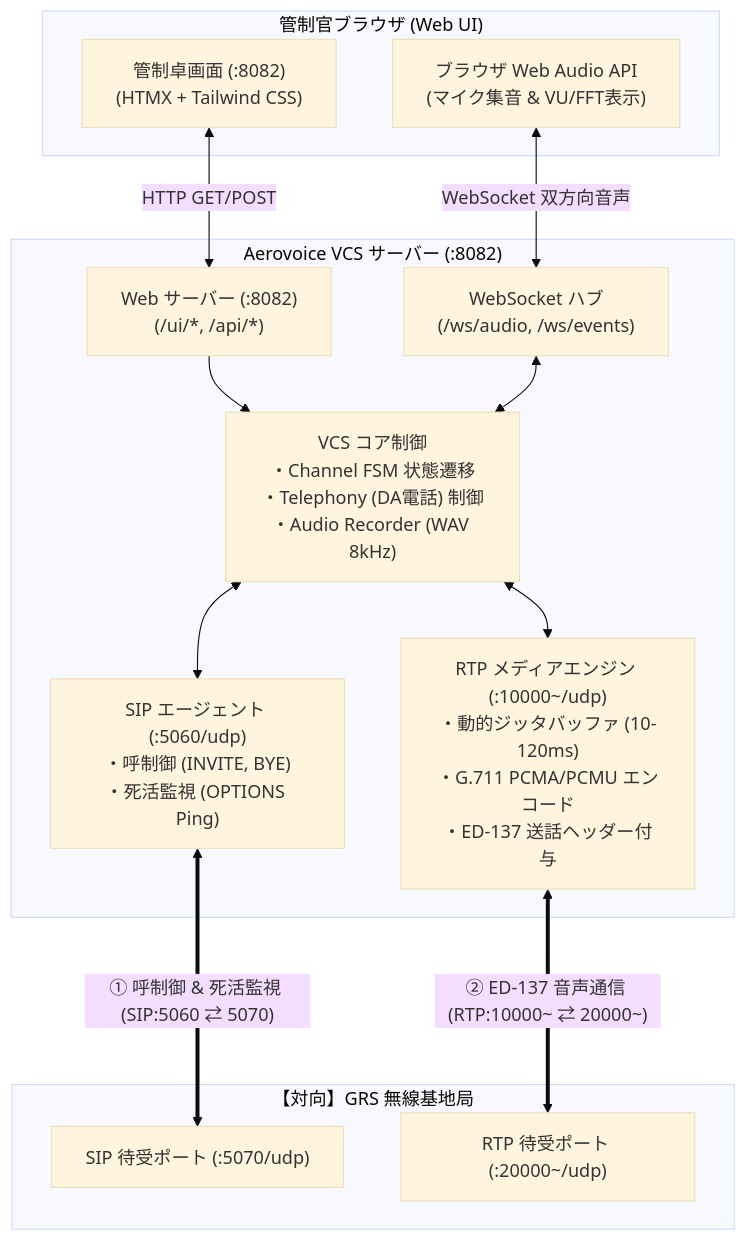
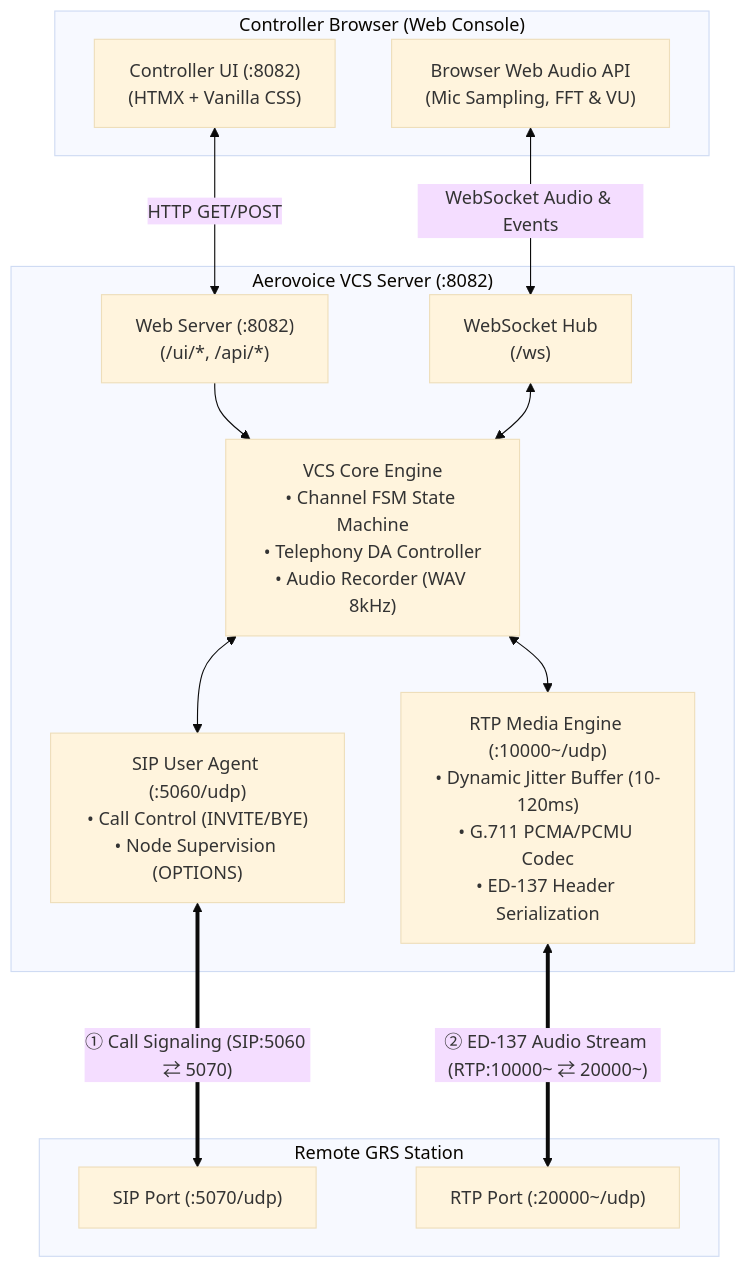
The first of 3 diagrams in docs/manual.md (sh0jitmy/aerovoice), drawn with Mermaid (base theme) before and after one commit. The commit also changed other lines of this file and 33 other files, not shown here.

````diff
--- a/docs/manual.md
+++ b/docs/manual.md
@@ -15,31 +19,31 @@
 ```mermaid
 flowchart TB
-    subgraph Browser_VCS["管制官ブラウザ (Web UI)"]
-        VCS_UI["管制卓画面 (:8082)<br/>(HTMX + Tailwind CSS)"]
-        VCS_Audio["ブラウザ Web Audio API<br/>(マイク集音 & VU/FFT表示)"]
+    subgraph Browser_VCS["Controller Browser (Web Console)"]
+        VCS_UI["Controller UI (:8082)<br/>(HTMX + Vanilla CSS)"]
+        VCS_Audio["Browser Web Audio API<br/>(Mic Sampling, FFT & VU)"]
     end
 
-    subgraph VCS_Host["Aerovoice VCS サーバー (:8082)"]
-        VCS_Web["Web サーバー (:8082)<br/>(/ui/*, /api/*)"]
-        VCS_WS["WebSocket ハブ<br/>(/ws/audio, /ws/events)"]
-        VCS_Core["VCS コア制御<br/>・Channel FSM 状態遷移<br/>・Telephony (DA電話) 制御<br/>・Audio Recorder (WAV 8kHz)"]
-        VCS_SIP["SIP エージェント (:5060/udp)<br/>・呼制御 (INVITE, BYE)<br/>・死活監視 (OPTIONS Ping)"]
-        VCS_RTP["RTP メディアエンジン (:10000~/udp)<br/>・動的ジッタバッファ (10-120ms)<br/>・G.711 PCMA/PCMU エンコード<br/>・ED-137 送話ヘッダー付与"]
+    subgraph VCS_Host["Aerovoice VCS Server (:8082)"]
+        VCS_Web["Web Server (:8082)<br/>(/ui/*, /api/*)"]
+        VCS_WS["WebSocket Hub<br/>(/ws)"]
+        VCS_Core["VCS Core Engine<br/>• Channel FSM State Machine<br/>• Telephony DA Controller<br/>• Audio Recorder (WAV 8kHz)"]
+        VCS_SIP["SIP User Agent (:5060/udp)<br/>• Call Control (INVITE/BYE)<br/>• Node Supervision (OPTIONS)"]
+        VCS_RTP["RTP Media Engine (:10000~/udp)<br/>• Dynamic Jitter Buffer (10-120ms)<br/>• G.711 PCMA/PCMU Codec<br/>• ED-137 Header Serialization"]
     end
 
-    subgraph GRS_Remote["【対向】GRS 無線基地局"]
-        Remote_SIP["SIP 待受ポート (:5070/udp)"]
-        Remote_RTP["RTP 待受ポート (:20000~/udp)"]
+    subgraph GRS_Remote["Remote GRS Station"]
+        Remote_SIP["SIP Port (:5070/udp)"]
+        Remote_RTP["RTP Port (:20000~/udp)"]
     end
 
     VCS_UI <-->|HTTP GET/POST| VCS_Web
-    VCS_Audio <-->|WebSocket 双方向音声| VCS_WS
+    VCS_Audio <-->|WebSocket Audio & Events| VCS_WS
     VCS_Web --> VCS_Core
     VCS_WS <--> VCS_Core
 
     VCS_Core <--> VCS_SIP
     VCS_Core <--> VCS_RTP
 
-    VCS_SIP <===>|"① 呼制御 & 死活監視 (SIP:5060 ⇄ 5070)"| Remote_SIP
-    VCS_RTP <===>|"② ED-137 音声通信 (RTP:10000~ ⇄ 20000~)"| Remote_RTP
+    VCS_SIP <===>|"① Call Signaling (SIP:5060 ⇄ 5070)"| Remote_SIP
+    VCS_RTP <===>|"② ED-137 Audio Stream (RTP:10000~ ⇄ 20000~)"| Remote_RTP
 ```
````
